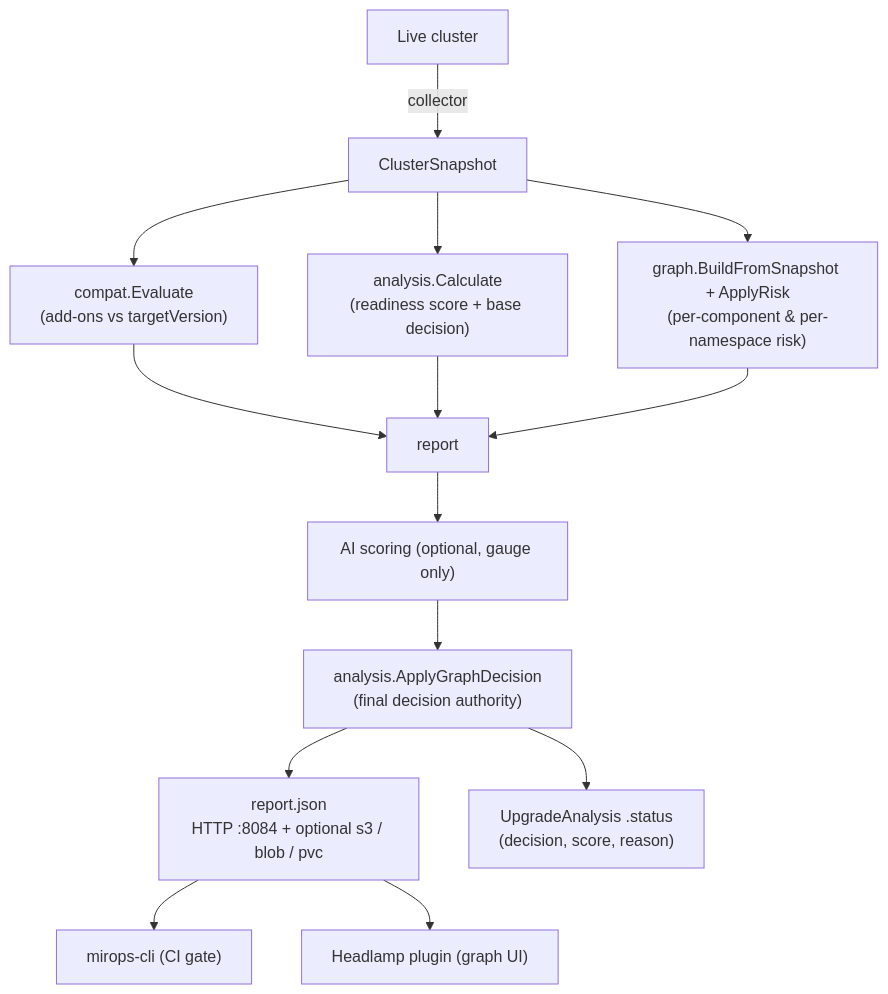
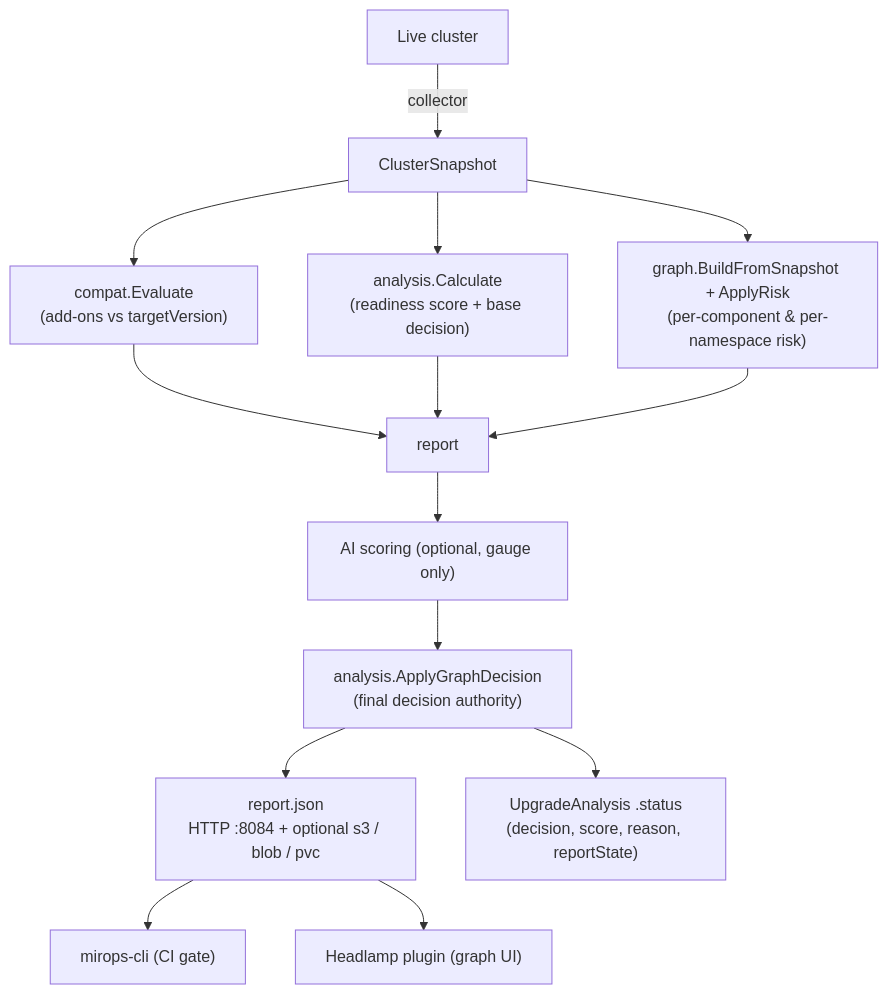
The second of 3 diagrams in README.md (miropshq/mirops), drawn with Mermaid before and after one commit. The commit also changed other lines of this file, not shown here.

Commit message:
docs: verdict-vs-health combos, remote report destinations, podDrop

````diff
--- a/README.md
+++ b/README.md
@@ -51,16 +51,16 @@
 ```mermaid
 flowchart TD
     A["Live cluster"] -->|collector| B["ClusterSnapshot"]
     B --> C["compat.Evaluate<br/>(add-ons vs targetVersion)"]
     B --> D["analysis.Calculate<br/>(readiness score + base decision)"]
     B --> E["graph.BuildFromSnapshot + ApplyRisk<br/>(per-component & per-namespace risk)"]
     C --> F["report"]
     D --> F
     E --> F
     F --> G["AI scoring (optional, gauge only)"]
     G --> H["analysis.ApplyGraphDecision<br/>(final decision authority)"]
     H --> I["report.json<br/>HTTP :8084 + optional s3 / blob / pvc"]
     I --> J["mirops-cli (CI gate)"]
     I --> K["Headlamp plugin (graph UI)"]
-    H --> L["UpgradeAnalysis .status<br/>(decision, score, reason)"]
+    H --> L["UpgradeAnalysis .status<br/>(decision, score, reason, reportState)"]
 ```
````
